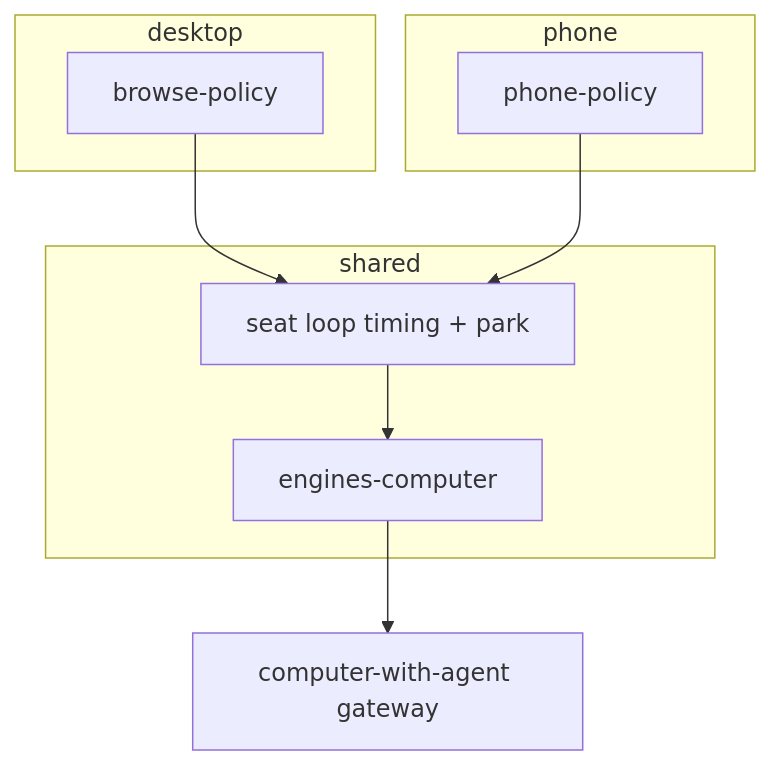
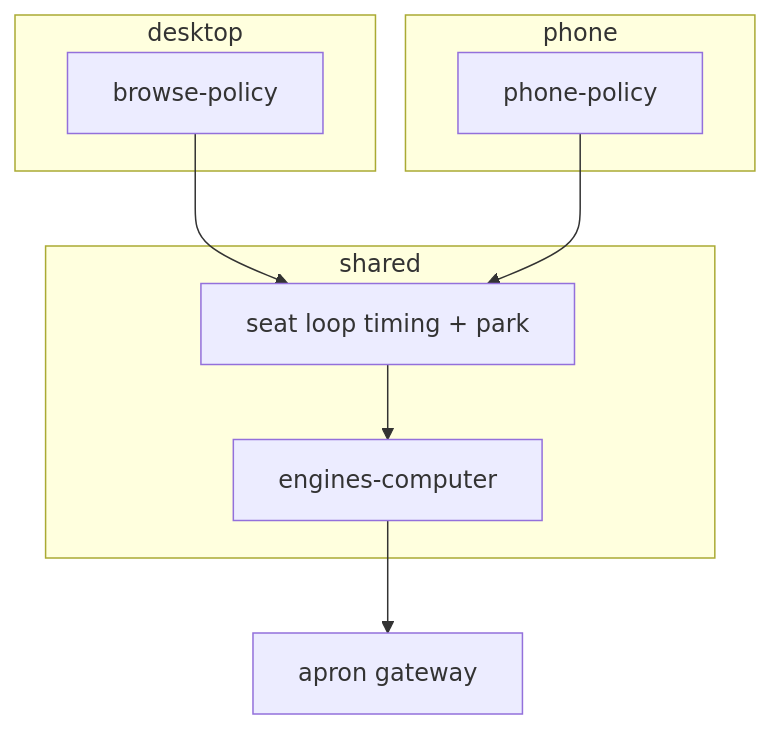
The diagram in .cursor/plans/phone_policy_split.plan.md (Rouche01/relay-os), drawn with Mermaid before and after one commit. The commit also changed other lines of this file and 42 other files, not shown here.

````diff
--- a/.cursor/plans/phone_policy_split.plan.md
+++ b/.cursor/plans/phone_policy_split.plan.md
@@ -52,17 +52,17 @@
 ```mermaid
 flowchart TB
   subgraph shared [shared]
     Loop[seat loop timing + park]
     Eng[engines-computer]
   end
   subgraph desktop [desktop]
     BP[browse-policy]
   end
   subgraph phone [phone]
     PP[phone-policy]
   end
   BP --> Loop
   PP --> Loop
   Loop --> Eng
-  Eng --> GW[computer-with-agent gateway]
+  Eng --> GW[apron gateway]
 ```
````
